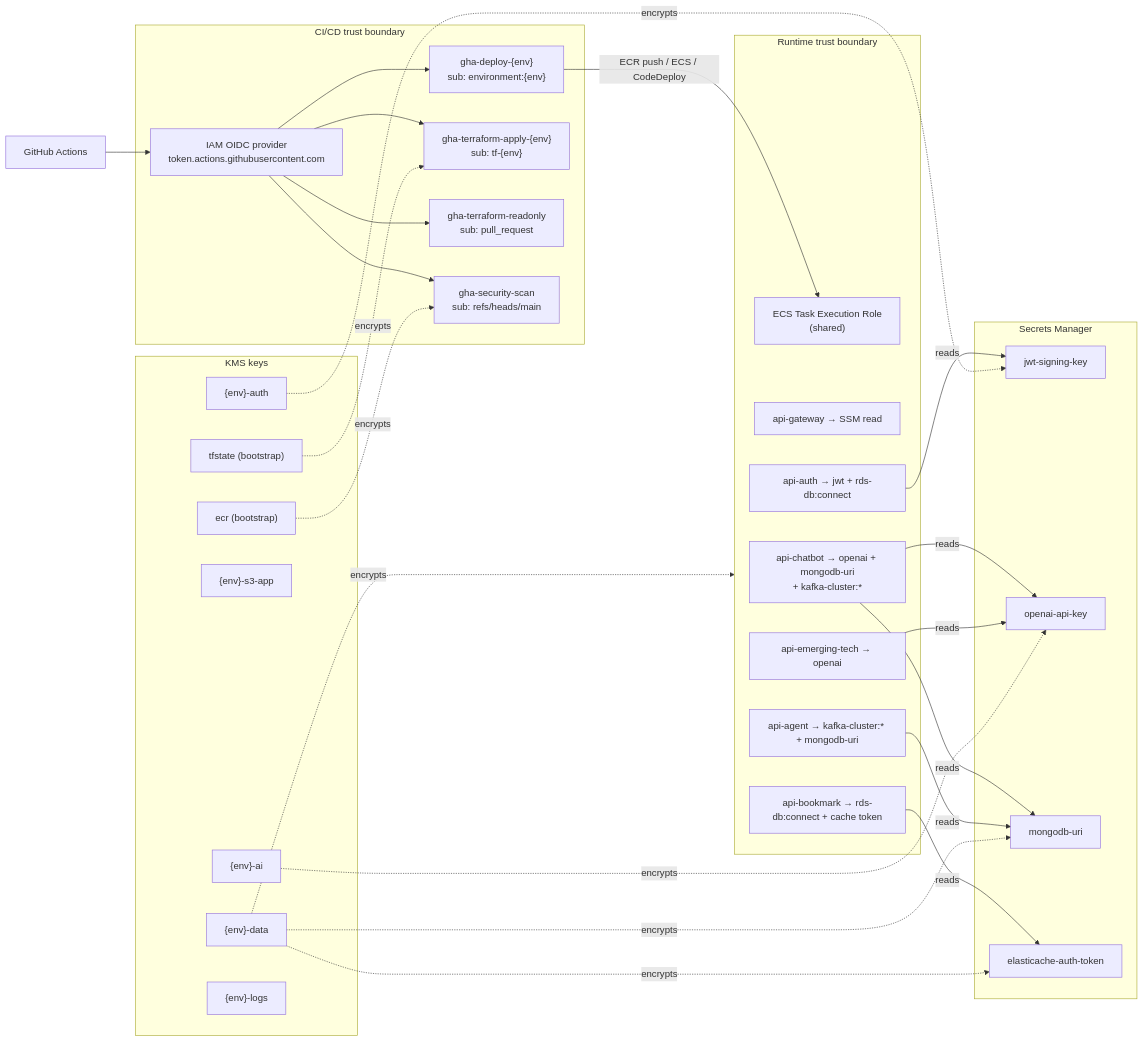
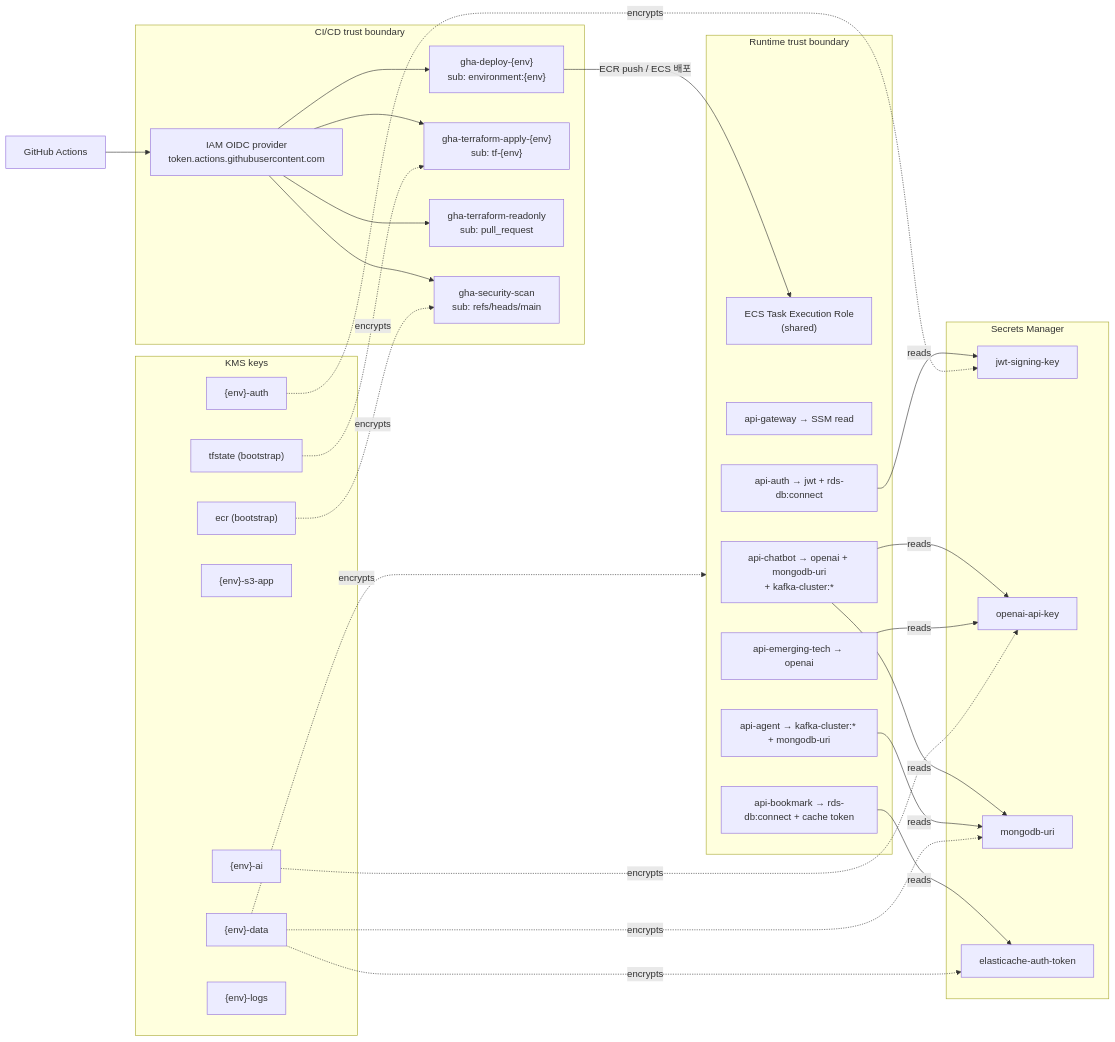
Before and after one commit to thswlsqls/tech-n-ai-backend: the fourth of 4 diagrams in devops/aws/mermaid/architecture.md, drawn with Mermaid. The commit also changed 8 other files, not shown here.

First line of the commit message:
docs : [main] AWS 아키텍처 문서와 보안 다이어그램의 CodeDeploy 설명을 ECS 카나리 배포로 고친다

````diff
--- a/devops/aws/mermaid/architecture.md
+++ b/devops/aws/mermaid/architecture.md
@@ -186,59 +186,59 @@
 ```mermaid
 flowchart LR
     gha["GitHub Actions"]
 
     subgraph cicd["CI/CD trust boundary"]
         oidc["IAM OIDC provider<br/>token.actions.githubusercontent.com"]
         rdep["gha-deploy-{env}<br/>sub: environment:{env}"]
         rapply["gha-terraform-apply-{env}<br/>sub: tf-{env}"]
         rro["gha-terraform-readonly<br/>sub: pull_request"]
         rscan["gha-security-scan<br/>sub: refs/heads/main"]
     end
 
     subgraph runtime["Runtime trust boundary"]
         exec["ECS Task Execution Role<br/>(shared)"]
         t_gw["api-gateway → SSM read"]
         t_auth["api-auth → jwt + rds-db:connect"]
         t_chat["api-chatbot → openai + mongodb-uri<br/>+ kafka-cluster:*"]
         t_agent["api-agent → kafka-cluster:* + mongodb-uri"]
         t_book["api-bookmark → rds-db:connect + cache token"]
         t_et["api-emerging-tech → openai"]
     end
 
     subgraph kms["KMS keys"]
         k_state["tfstate (bootstrap)"]
         k_ecr["ecr (bootstrap)"]
         k_data["{env}-data"]
         k_s3["{env}-s3-app"]
         k_auth["{env}-auth"]
         k_ai["{env}-ai"]
         k_logs["{env}-logs"]
     end
 
     subgraph sm["Secrets Manager"]
         s_jwt["jwt-signing-key"]
         s_oai["openai-api-key"]
         s_mongo["mongodb-uri"]
         s_cache["elasticache-auth-token"]
     end
 
     gha --> oidc --> rdep & rapply & rro & rscan
-    rdep -->|ECR push / ECS / CodeDeploy| exec
+    rdep -->|ECR push / ECS 배포| exec
 
     t_auth -->|reads| s_jwt
     t_chat -->|reads| s_oai & s_mongo
     t_agent -->|reads| s_mongo
     t_book -->|reads| s_cache
     t_et -->|reads| s_oai
 
     k_auth -.encrypts.-> s_jwt
     k_ai -.encrypts.-> s_oai
     k_data -.encrypts.-> s_mongo & s_cache
     k_data -.encrypts.-> runtime
     k_ecr -.encrypts.-> rscan
     k_state -.encrypts.-> rapply
 
     %% 경계 통제: private-data 인터넷 격리, ECR IMMUTABLE+scan, S3 Object Lock GOVERNANCE, VPC Flow Logs
     %% 전송 구간: (prod) client→ALB HTTPS:443(ACM, TLS 종료), ALB→Fargate HTTP:80(백엔드), Aurora IAM DB auth, Valkey TLS+token, MSK TLS+IAM SASL
     %% dev/beta 는 client→ALB 가 HTTP:80. dev 에서는 MSK가 없어 api-chatbot·api-agent 의 kafka-cluster 권한이 미사용.
 ```
````
